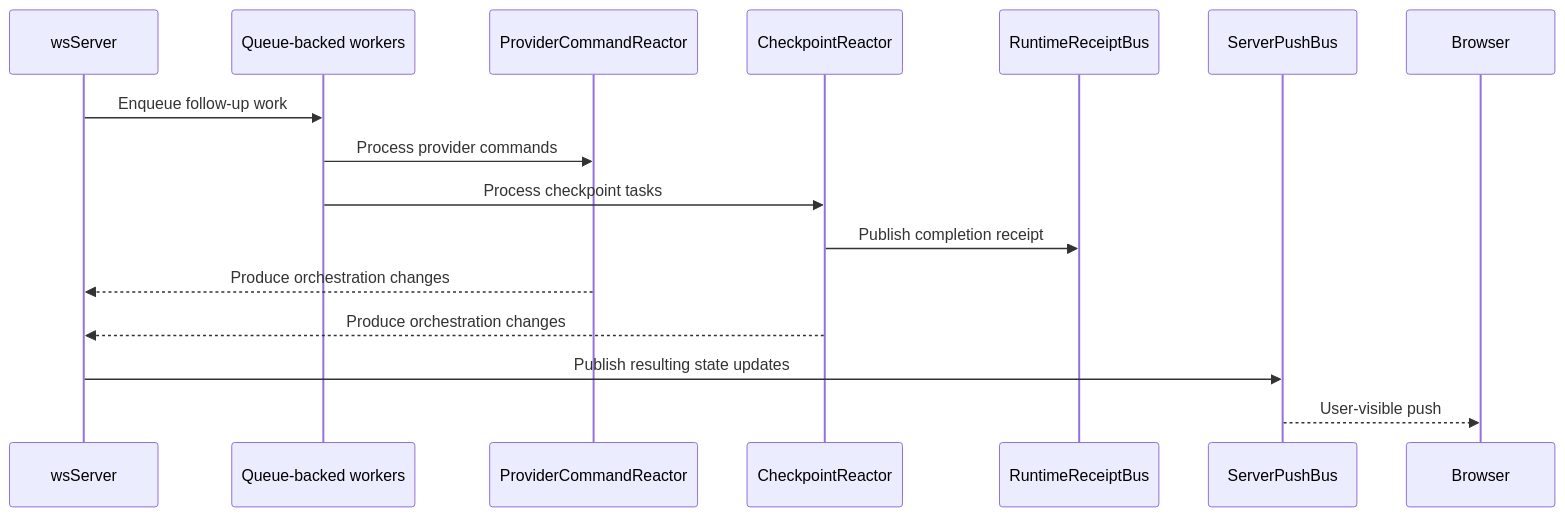
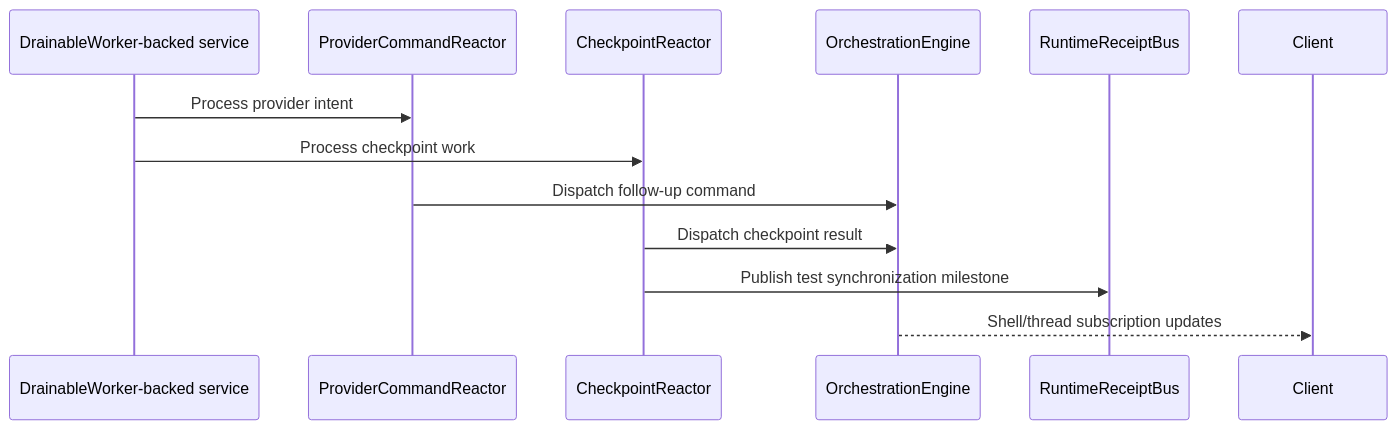
The third of 3 diagrams in docs/architecture/overview.md (ggfincke/456code), drawn with Mermaid before and after one commit. The commit also changed other lines of this file and 14 other files, not shown here.

First line of the commit message:
fix(release): stop the release graph from deploying a relay this fork deleted

````diff
--- a/docs/architecture/overview.md
+++ b/docs/architecture/overview.md
@@ -104,19 +118,16 @@
 ```mermaid
 sequenceDiagram
-    participant Server as wsServer
-    participant Worker as Queue-backed workers
-    participant Cmd as ProviderCommandReactor
+    participant Worker as DrainableWorker-backed service
+    participant Command as ProviderCommandReactor
     participant Checkpoint as CheckpointReactor
+    participant Engine as OrchestrationEngine
     participant Receipt as RuntimeReceiptBus
-    participant Push as ServerPushBus
-    participant Browser
+    participant Client
 
-    Server->>Worker: Enqueue follow-up work
-    Worker->>Cmd: Process provider commands
-    Worker->>Checkpoint: Process checkpoint tasks
-    Checkpoint->>Receipt: Publish completion receipt
-    Cmd-->>Server: Produce orchestration changes
-    Checkpoint-->>Server: Produce orchestration changes
-    Server->>Push: Publish resulting state updates
-    Push-->>Browser: User-visible push
+    Worker->>Command: Process provider intent
+    Worker->>Checkpoint: Process checkpoint work
+    Command->>Engine: Dispatch follow-up command
+    Checkpoint->>Engine: Dispatch checkpoint result
+    Checkpoint->>Receipt: Publish test synchronization milestone
+    Engine-->>Client: Shell/thread subscription updates
 ```
````
